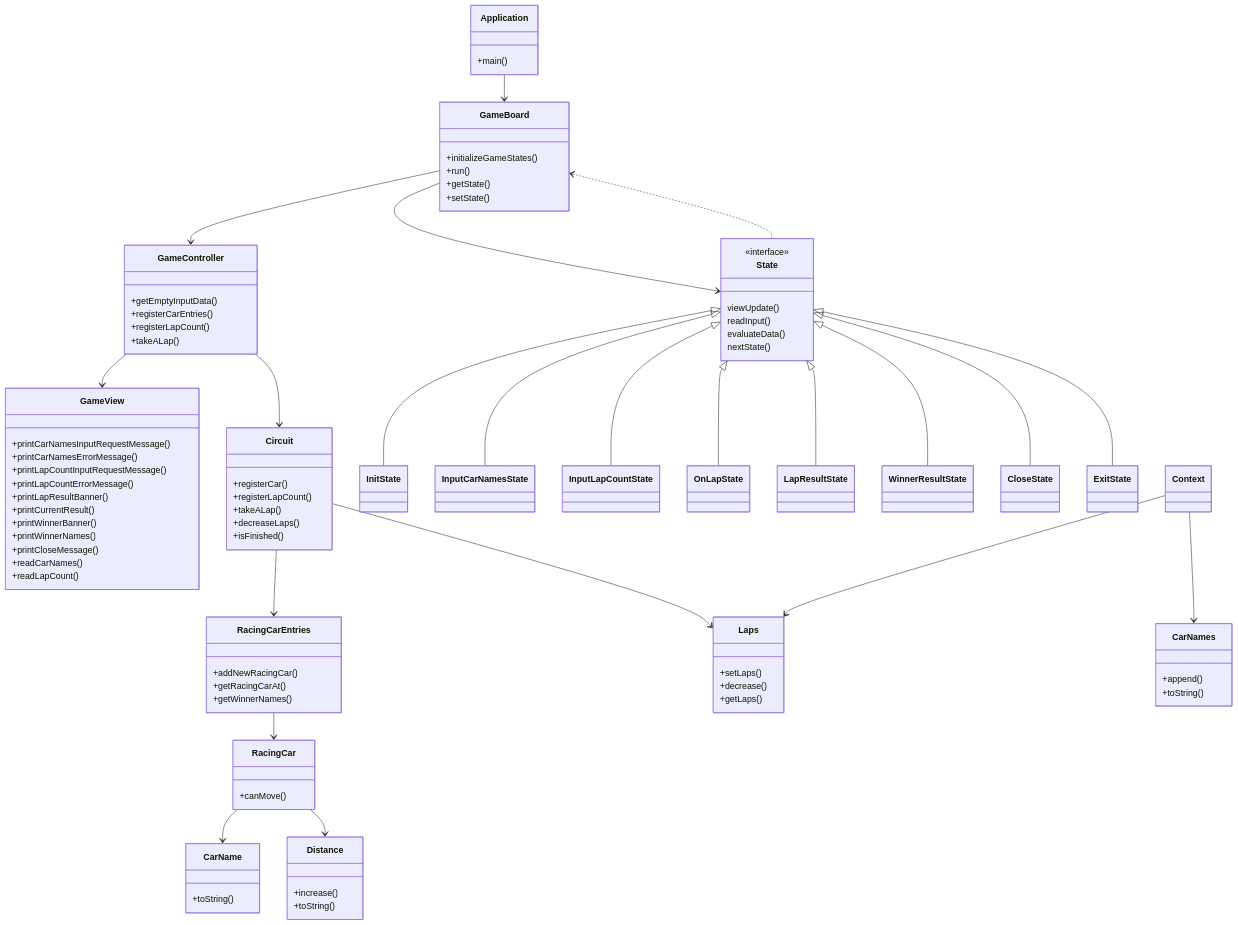
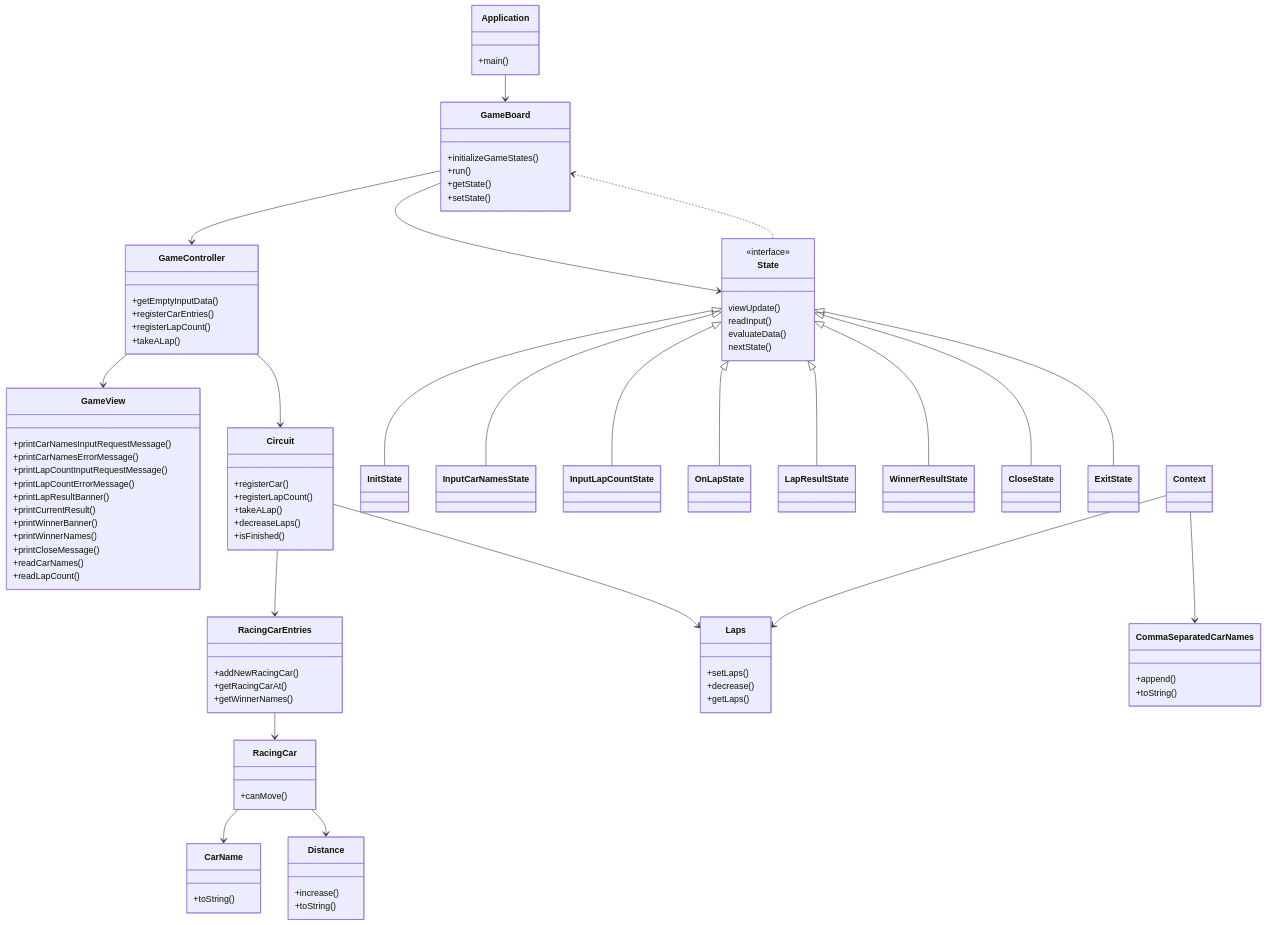
One commit to digiry/java-racingcar-precourse changed the diagram in docs/class_diagram.md. Above: the diagram before and after it, drawn with Mermaid. The commit also changed other lines of this file and 2 other files, not shown here.

Commit message:
docs: rename CarNames to CommaSeparatedCarNames

```diff
--- a/docs/class_diagram.md
+++ b/docs/class_diagram.md
@@ -47,7 +47,7 @@
     RacingCar --> Distance
 
     Context --> Laps
-    Context --> CarNames
+    Context --> CommaSeparatedCarNames
 
     class Application {
         +main()
@@ -132,7 +132,7 @@
         +increase()
         +toString()
     }
-    class CarNames {
+    class CommaSeparatedCarNames {
         +append()
         +toString()
     }
```
